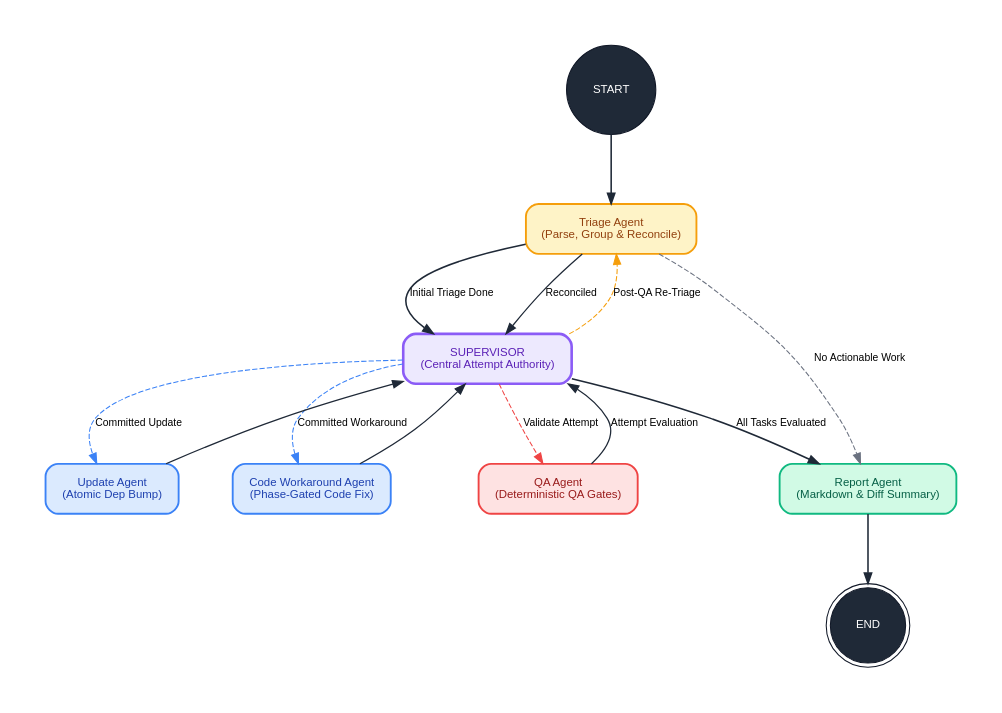
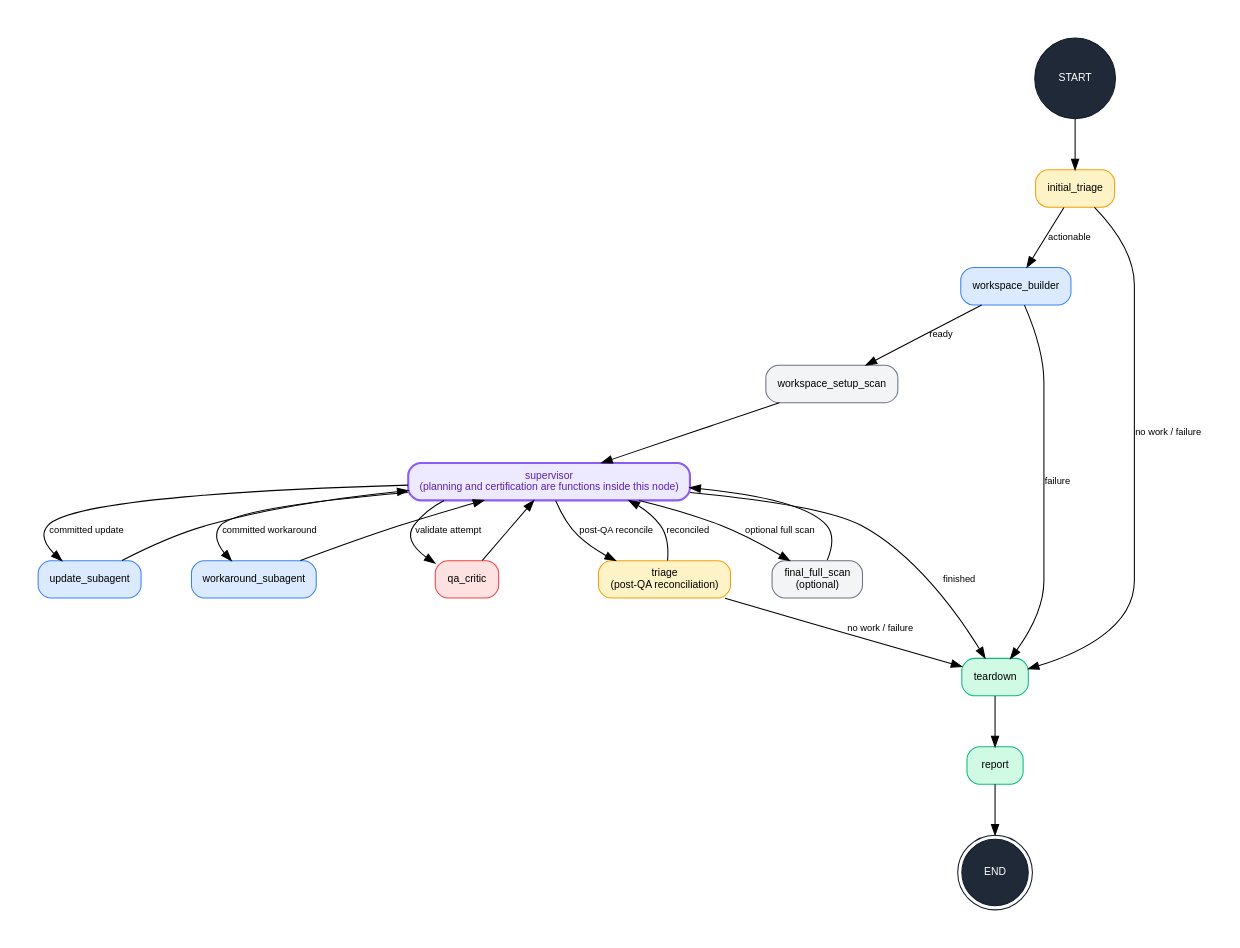
The diagram in docs/agent_flow.dot (wylandee/agentic-issue-resolution), drawn with Graphviz before and after one commit. The commit also changed 105 other files, not shown here.

```diff
--- a/docs/agent_flow.dot
+++ b/docs/agent_flow.dot
@@ -1,38 +1,41 @@
 digraph AgentFlow {
     rankdir=TB;
-    graph [fontname="Helvetica,Arial,sans-serif", fontsize=12, pad="0.5", nodesep="0.7", ranksep="0.9"];
-    node [fontname="Helvetica,Arial,sans-serif", fontsize=11, shape=box, style="rounded,filled", margin="0.22,0.16"];
-    edge [fontname="Helvetica,Arial,sans-serif", fontsize=10];
+    graph [fontname="Helvetica,Arial,sans-serif", fontsize=11, pad="0.4", nodesep="0.55", ranksep="0.65"];
+    node [fontname="Helvetica,Arial,sans-serif", fontsize=10, shape=box, style="rounded,filled", margin="0.16,0.10"];
+    edge [fontname="Helvetica,Arial,sans-serif", fontsize=9];
 
-    __start__ [label="START", shape=circle, fillcolor="#1F2937", color="#111827", fontcolor="#FFFFFF", width=0.8];
-    __end__ [label="END", shape=doublecircle, fillcolor="#1F2937", color="#111827", fontcolor="#FFFFFF", width=0.8];
+    start [label="START", shape=circle, fillcolor="#1F2937", color="#111827", fontcolor="#FFFFFF"];
+    end [label="END", shape=doublecircle, fillcolor="#1F2937", color="#111827", fontcolor="#FFFFFF"];
+    initial_triage [label="initial_triage", fillcolor="#FEF3C7", color="#F59E0B"];
+    workspace_builder [label="workspace_builder", fillcolor="#DBEAFE", color="#3B82F6"];
+    workspace_setup_scan [label="workspace_setup_scan", fillcolor="#F3F4F6", color="#6B7280"];
+    supervisor [label="supervisor\n(planning and certification are functions inside this node)", fillcolor="#EDE9FE", color="#8B5CF6", fontcolor="#5B21B6", penwidth=2.0];
+    update_subagent [label="update_subagent", fillcolor="#DBEAFE", color="#3B82F6"];
+    workaround_subagent [label="workaround_subagent", fillcolor="#DBEAFE", color="#3B82F6"];
+    qa_critic [label="qa_critic", fillcolor="#FEE2E2", color="#EF4444"];
+    triage [label="triage\n(post-QA reconciliation)", fillcolor="#FEF3C7", color="#F59E0B"];
+    final_full_scan [label="final_full_scan\n(optional)", fillcolor="#F3F4F6", color="#6B7280"];
+    teardown [label="teardown", fillcolor="#D1FAE5", color="#10B981"];
+    report [label="report", fillcolor="#D1FAE5", color="#10B981"];
 
-    triage_agent [label="Triage Agent\n(Parse, Group & Reconcile)", fillcolor="#FEF3C7", color="#F59E0B", fontcolor="#92400E", penwidth=1.8];
-    supervisor [label="SUPERVISOR\n(Central Attempt Authority)", fillcolor="#EDE9FE", color="#8B5CF6", fontcolor="#5B21B6", penwidth=2.5];
-    
-    update_agent [label="Update Agent\n(Atomic Dep Bump)", fillcolor="#DBEAFE", color="#3B82F6", fontcolor="#1E40AF", penwidth=1.8];
-    workaround_agent [label="Code Workaround Agent\n(Phase-Gated Code Fix)", fillcolor="#DBEAFE", color="#3B82F6", fontcolor="#1E40AF", penwidth=1.8];
-    qa_agent [label="QA Agent\n(Deterministic QA Gates)", fillcolor="#FEE2E2", color="#EF4444", fontcolor="#991B1B", penwidth=1.8];
-    report_agent [label="Report Agent\n(Markdown & Diff Summary)", fillcolor="#D1FAE5", color="#10B981", fontcolor="#065F46", penwidth=1.8];
-
-    { rank = same; update_agent; workaround_agent; qa_agent; }
-
-    __start__ -> triage_agent [color="#1F2937", penwidth=1.5];
-    triage_agent -> supervisor [color="#1F2937", penwidth=1.5, label="Initial Triage Done"];
-    triage_agent -> report_agent [style=dashed, color="#6B7280", label="No Actionable Work"];
-
-    supervisor -> update_agent [style=dashed, color="#3B82F6", label="Committed Update"];
-    update_agent -> supervisor [color="#1F2937", penwidth=1.2];
-
-    supervisor -> workaround_agent [style=dashed, color="#3B82F6", label="Committed Workaround"];
-    workaround_agent -> supervisor [color="#1F2937", penwidth=1.2];
-
-    supervisor -> qa_agent [style=dashed, color="#EF4444", label="Validate Attempt"];
-    qa_agent -> supervisor [color="#1F2937", penwidth=1.2, label="Attempt Evaluation"];
-
-    supervisor -> triage_agent [style=dashed, color="#F59E0B", label="Post-QA Re-Triage"];
-    triage_agent -> supervisor [color="#1F2937", penwidth=1.2, label="Reconciled"];
-
-    supervisor -> report_agent [color="#1F2937", penwidth=1.5, label="All Tasks Evaluated"];
-    report_agent -> __end__ [color="#1F2937", penwidth=1.5];
+    start -> initial_triage;
+    initial_triage -> workspace_builder [label="actionable"];
+    initial_triage -> teardown [label="no work / failure"];
+    workspace_builder -> workspace_setup_scan [label="ready"];
+    workspace_builder -> teardown [label="failure"];
+    workspace_setup_scan -> supervisor;
+    supervisor -> update_subagent [label="committed update"];
+    supervisor -> workaround_subagent [label="committed workaround"];
+    supervisor -> qa_critic [label="validate attempt"];
+    supervisor -> triage [label="post-QA reconcile"];
+    supervisor -> final_full_scan [label="optional full scan"];
+    supervisor -> teardown [label="finished"];
+    update_subagent -> supervisor;
+    workaround_subagent -> supervisor;
+    qa_critic -> supervisor;
+    triage -> supervisor [label="reconciled"];
+    triage -> teardown [label="no work / failure"];
+    final_full_scan -> supervisor;
+    teardown -> report;
+    report -> end;
 }
```
